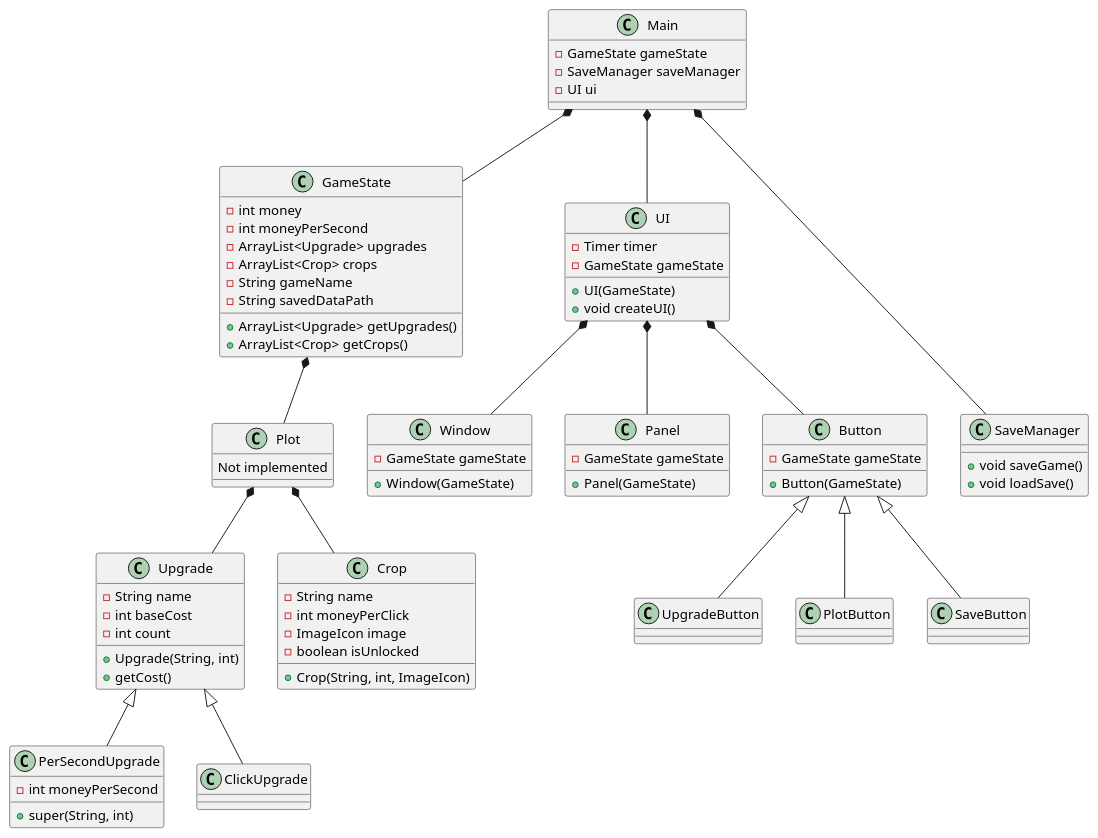
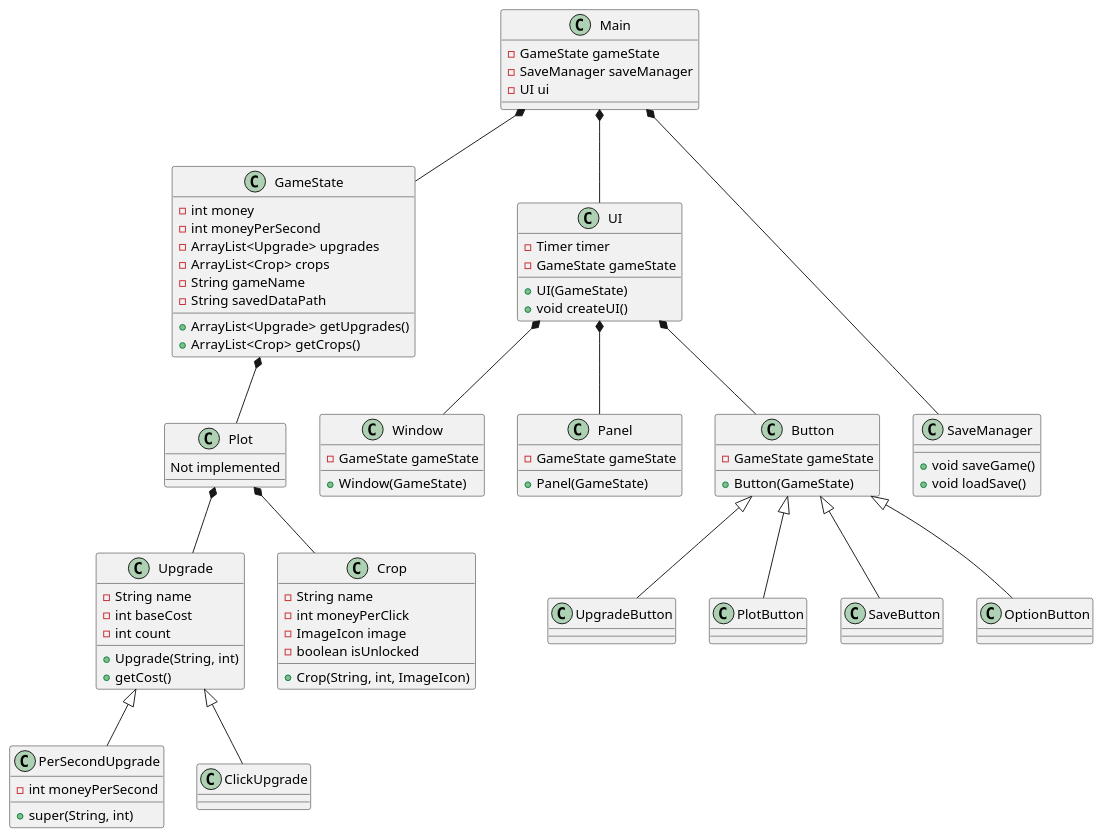
The diagram in doc/classdiagram.puml (JonasChristoffersen/GameSideProject), drawn with PlantUML before and after one commit. The commit also changed 6 other files, not shown here.

Commit message:
Added Option Button and text

```diff
--- a/doc/classdiagram.puml
+++ b/doc/classdiagram.puml
@@ -1,107 +1,111 @@
 @startuml
 
 class Main{
     -GameState gameState
     -SaveManager saveManager
     -UI ui
 }
 
 class GameState{
     -int money
     -int moneyPerSecond
     -ArrayList<Upgrade> upgrades
     -ArrayList<Crop> crops
     -String gameName
     -String savedDataPath
     +ArrayList<Upgrade> getUpgrades()
     +ArrayList<Crop> getCrops()
 }
 
 class UI{
     -Timer timer
     -GameState gameState
     +UI(GameState)
     +void createUI()
 }
 
 class Window{
     -GameState gameState
     +Window(GameState)
 }
 
 class Panel{
     -GameState gameState
     +Panel(GameState)
 }
 
 class Button{
     -GameState gameState
     +Button(GameState)
 }
 
 class UpgradeButton{
 }
 
 class PlotButton{
 }
 
 class SaveButton{
 }
 
+class OptionButton{
+}
+
 class Plot {
     Not implemented
 }
 
 class Upgrade{
     -String name
     -int baseCost
     -int count
     +Upgrade(String, int)
     +getCost()
 }
 
 class PerSecondUpgrade{
     +super(String, int)
     -int moneyPerSecond
 }
 
 class ClickUpgrade
 
 class Crop{
     -String name
     -int moneyPerClick
     -ImageIcon image
     -boolean isUnlocked
     +Crop(String, int, ImageIcon)
 }
 
 class SaveManager{
     +void saveGame()
     +void loadSave()
 }
 
 Main *-- GameState
 Main *-- UI
 Main *--- SaveManager
 
 GameState *-- Plot
 Plot *-- Upgrade
 Plot *-- Crop
 Upgrade <|-- PerSecondUpgrade
 Upgrade <|-- ClickUpgrade
 
 Button <|-- UpgradeButton
 Button <|-- PlotButton
 Button <|-- SaveButton
+Button <|-- OptionButton
 
 UI *-- Window
 UI *-- Panel
 UI *-- Button
 
 /'
 JPanel <|-- Panel
 JFrame <|-- Window
 JButton <|-- Button
 '/
 
 @enduml
```
